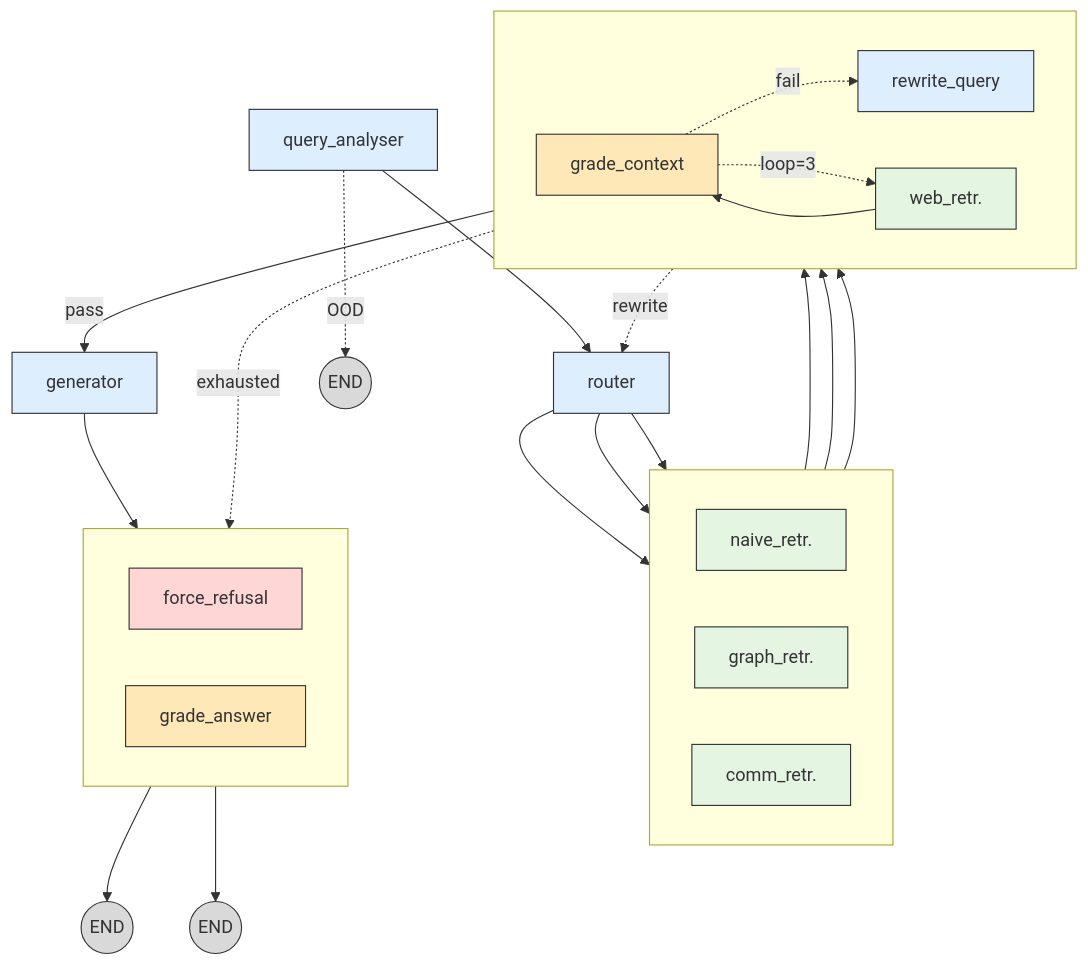
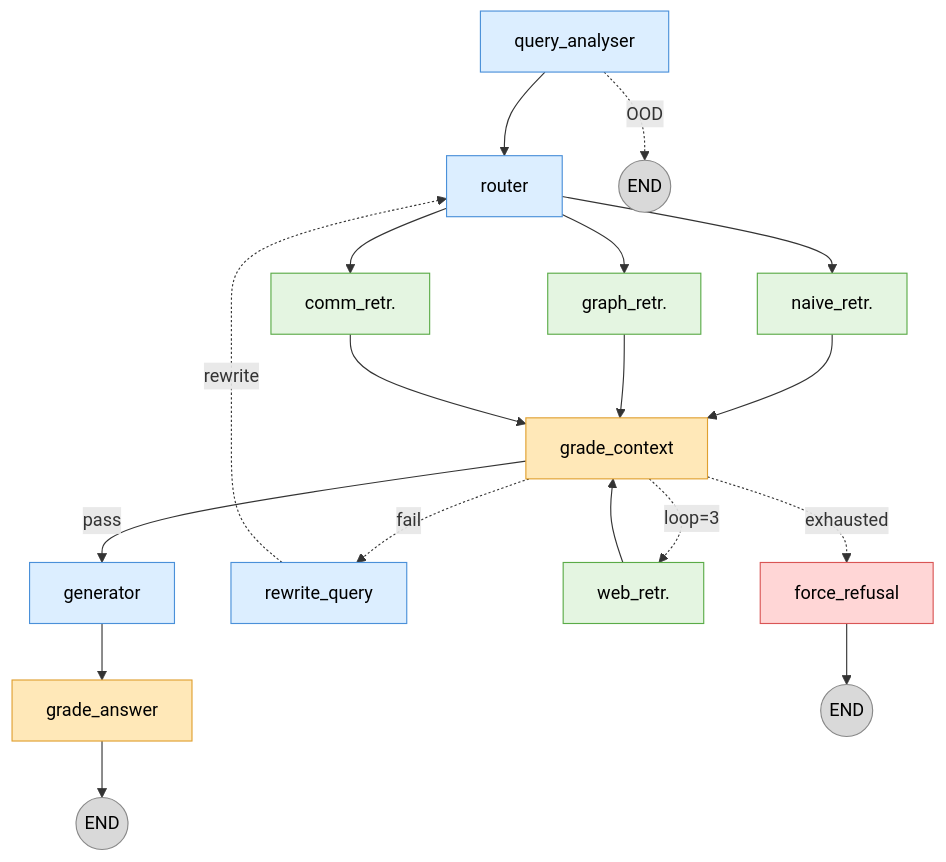
One commit to VinaySampath14/agentic-graph-rag changed the diagram in .github/README.md. Above: the diagram before and after it, drawn with Mermaid.

Commit message:
fix: clean Mermaid diagram without subgraphs

````diff
--- a/.github/README.md
+++ b/.github/README.md
@@ -58,75 +58,34 @@
 ```mermaid
 flowchart TD
+    QA[query_analyser] --> RT[router]
+    QA -.->|OOD| E3((END))
 
-    QA["query_analyser"]
-    RT["router"]
+    RT --> NR[naive_retr.]
+    RT --> GR[graph_retr.]
+    RT --> CR[comm_retr.]
 
-    subgraph RET[" "]
-        direction LR
-        NR["naive_retr."]
-        GR["graph_retr."]
-        CR["comm_retr."]
-    end
+    NR & GR & CR --> GC[grade_context]
 
-    subgraph MID[" "]
-        direction LR
-        RW["rewrite_query"]
-        GC["grade_context"]
-        WEB["web_retr."]
-    end
+    GC -->|pass| GEN[generator]
+    GC -.->|fail| RW[rewrite_query]
+    GC -.->|loop=3| WEB[web_retr.]
+    GC -.->|exhausted| FR[force_refusal]
 
-    GEN["generator"]
-
-    subgraph BOT[" "]
-        direction LR
-        FR["force_refusal"]
-        GA["grade_answer"]
-    end
-
-    END1((END))
-    END2((END))
-    END3((END))
-
-    %% Main flow
-    QA --> RT
-
-    RT --> NR
-    RT --> GR
-    RT --> CR
-
-    NR --> GC
-    GR --> GC
-    CR --> GC
-
-    GC -->|pass| GEN
-    GEN --> GA
-    GA --> END1
-
-    %% Web loop
-    GC -.->|loop=3| WEB
+    RW -.->|rewrite| RT
     WEB --> GC
 
-    %% Rewrite path
-    GC -.->|fail| RW
-    RW -.->|rewrite| RT
+    GEN --> GA[grade_answer] --> E1((END))
+    FR --> E2((END))
 
-    %% Refusal path
-    GC -.->|exhausted| FR
-    FR --> END2
+    classDef blue fill:#DCEEFF,stroke:#4a90d9,color:#000;
+    classDef green fill:#E4F5E1,stroke:#5aab47,color:#000;
+    classDef orange fill:#FFE8B8,stroke:#e0a030,color:#000;
+    classDef red fill:#FFD6D6,stroke:#d95555,color:#000;
+    classDef gray fill:#D9D9D9,stroke:#888,color:#000;
 
-    %% OOD
-    QA -.->|OOD| END3
-
-    %% Colors
-    classDef proc fill:#DCEEFF,stroke:#333;
-    classDef retr fill:#E4F5E1,stroke:#333;
-    classDef grade fill:#FFE8B8,stroke:#333;
-    classDef refusal fill:#FFD6D6,stroke:#333;
-    classDef endNode fill:#D9D9D9,stroke:#333;
-
-    class QA,RT,RW,GEN proc;
-    class NR,GR,CR,WEB retr;
-    class GC,GA grade;
-    class FR refusal;
-    class END1,END2,END3 endNode;
+    class QA,RT,RW,GEN blue;
+    class NR,GR,CR,WEB green;
+    class GC,GA orange;
+    class FR red;
+    class E1,E2,E3 gray;
 ```
````
